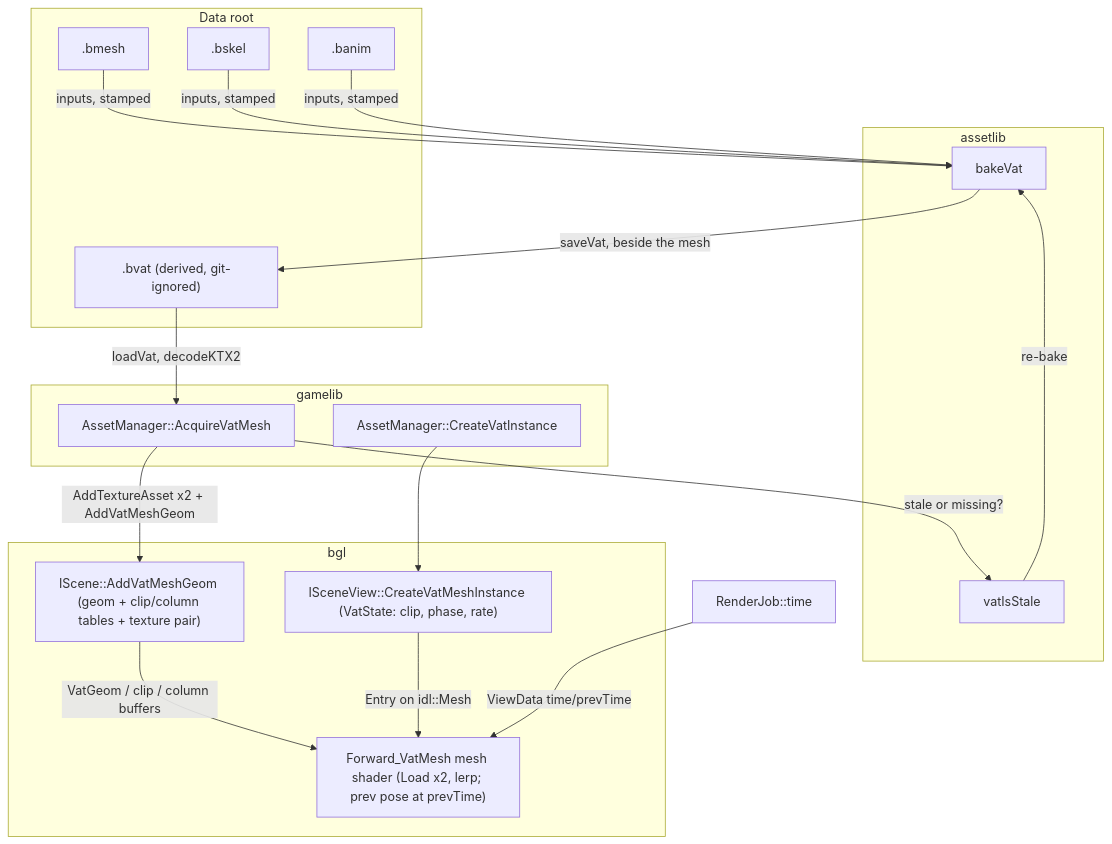
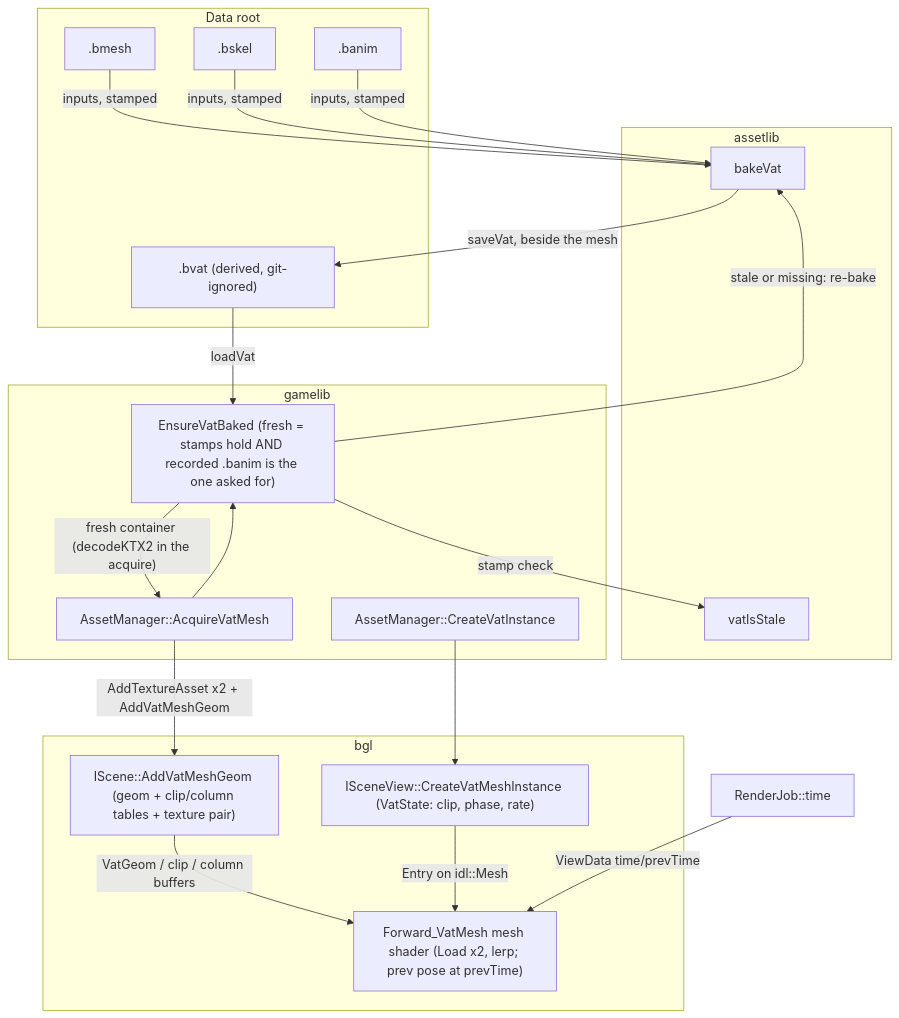
One commit to alexjiang200407/bernini changed the diagram in docs/vat.md. Above: the diagram before and after it, drawn with Mermaid. The commit also changed other lines of this file and 8 other files, not shown here.

First line of the commit message:
fix(gamelib): a .bvat baked from another .banim is stale, and the bake step has one home

````diff
--- a/docs/vat.md
+++ b/docs/vat.md
@@ -102,36 +104,39 @@
 ```mermaid
 flowchart TD
     subgraph disk [Data root]
         BMESH[.bmesh]
         BSKEL[.bskel]
         BANIM[.banim]
         BVAT[".bvat (derived, git-ignored)"]
     end
 
     subgraph assetlib
         BAKE[bakeVat]
         STALE[vatIsStale]
     end
 
     subgraph gamelib
         ACQ[AssetManager::AcquireVatMesh]
+        ENSURE["EnsureVatBaked (fresh = stamps hold AND recorded .banim is the one asked for)"]
         INST[AssetManager::CreateVatInstance]
     end
 
     subgraph bgl
         SCENE["IScene::AddVatMeshGeom (geom + clip/column tables + texture pair)"]
         VIEW["ISceneView::CreateVatMeshInstance (VatState: clip, phase, rate)"]
         MS["Forward_VatMesh mesh shader (Load x2, lerp; prev pose at prevTime)"]
     end
 
     BMESH & BSKEL & BANIM -- "inputs, stamped" --> BAKE
     BAKE -- "saveVat, beside the mesh" --> BVAT
-    ACQ -- "stale or missing?" --> STALE
-    STALE -- "re-bake" --> BAKE
-    BVAT -- "loadVat, decodeKTX2" --> ACQ
+    ACQ --> ENSURE
+    ENSURE -- "stamp check" --> STALE
+    ENSURE -- "stale or missing: re-bake" --> BAKE
+    BVAT -- "loadVat" --> ENSURE
+    ENSURE -- "fresh container (decodeKTX2 in the acquire)" --> ACQ
     ACQ -- "AddTextureAsset x2 + AddVatMeshGeom" --> SCENE
     INST --> VIEW
     SCENE -- "VatGeom / clip / column buffers" --> MS
     VIEW -- "Entry<VatState> on idl::Mesh" --> MS
     CLOCK["RenderJob::time"] -- "ViewData time/prevTime" --> MS
 ```
````
